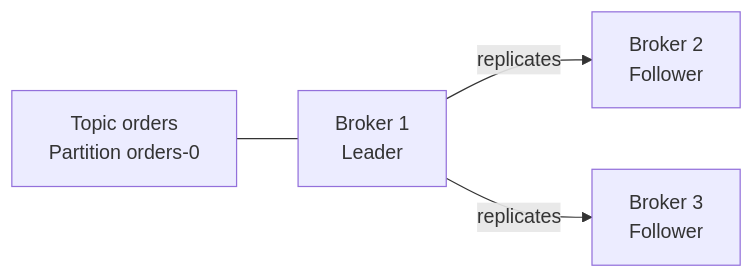
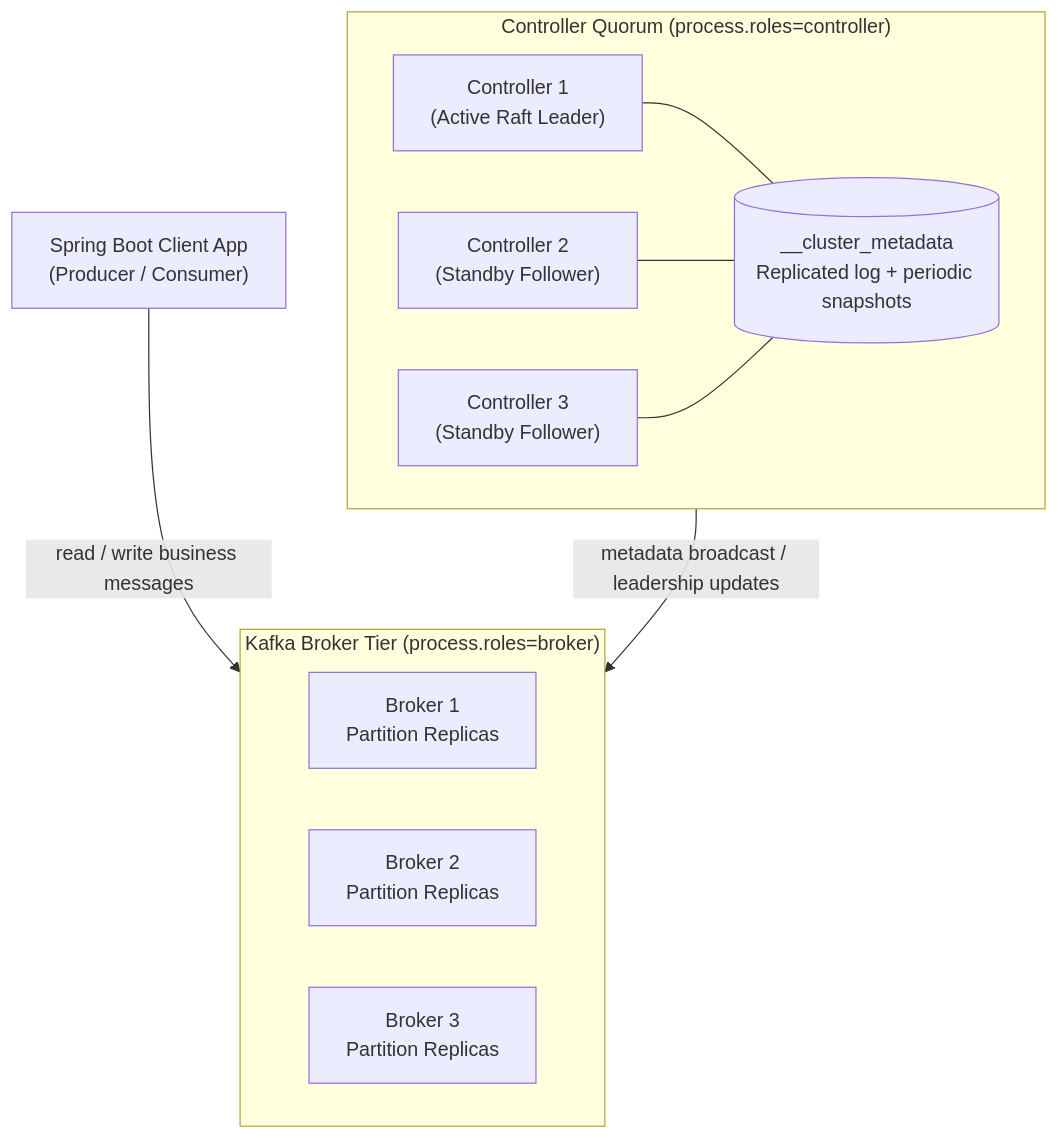
Diagram 15 of 16 in Inbox/Kafka_Obsidian_Organized/04 - Replication and KRaft/008-KRaft_and_Cluster_Consensus.md (Siddpawar9222/Obsidian-Vault), drawn with Mermaid before and after one commit. The commit also changed other lines of this file and 46 other files, not shown here.

````diff
--- a/Inbox/Kafka_Obsidian_Organized/04 - Replication and KRaft/008-KRaft_and_Cluster_Consensus.md
+++ b/Inbox/Kafka_Obsidian_Organized/04 - Replication and KRaft/008-KRaft_and_Cluster_Consensus.md
@@ -696,7 +498,23 @@
 ```mermaid
-flowchart LR
-    T["Topic orders<br/>Partition orders-0"]
-    T --- B1["Broker 1<br/>Leader"]
-    B1 -->|"replicates"| B2["Broker 2<br/>Follower"]
-    B1 -->|"replicates"| B3["Broker 3<br/>Follower"]
+flowchart TB
+    App["Spring Boot Client App<br/>(Producer / Consumer)"]
+    
+    subgraph Brokers["Kafka Broker Tier (process.roles=broker)"]
+        B1["Broker 1<br/>Partition Replicas"]
+        B2["Broker 2<br/>Partition Replicas"]
+        B3["Broker 3<br/>Partition Replicas"]
+    end
+    
+    subgraph Quorum["Controller Quorum (process.roles=controller)"]
+        C1["Controller 1<br/>(Active Raft Leader)"]
+        C2["Controller 2<br/>(Standby Follower)"]
+        C3["Controller 3<br/>(Standby Follower)"]
+        ML[("__cluster_metadata<br/>Replicated log + periodic snapshots")]
+    end
+
+    App -->|"read / write business messages"| Brokers
+    C1 --- ML
+    C2 --- ML
+    C3 --- ML
+    Quorum -->|"metadata broadcast / leadership updates"| Brokers
 ```
````
